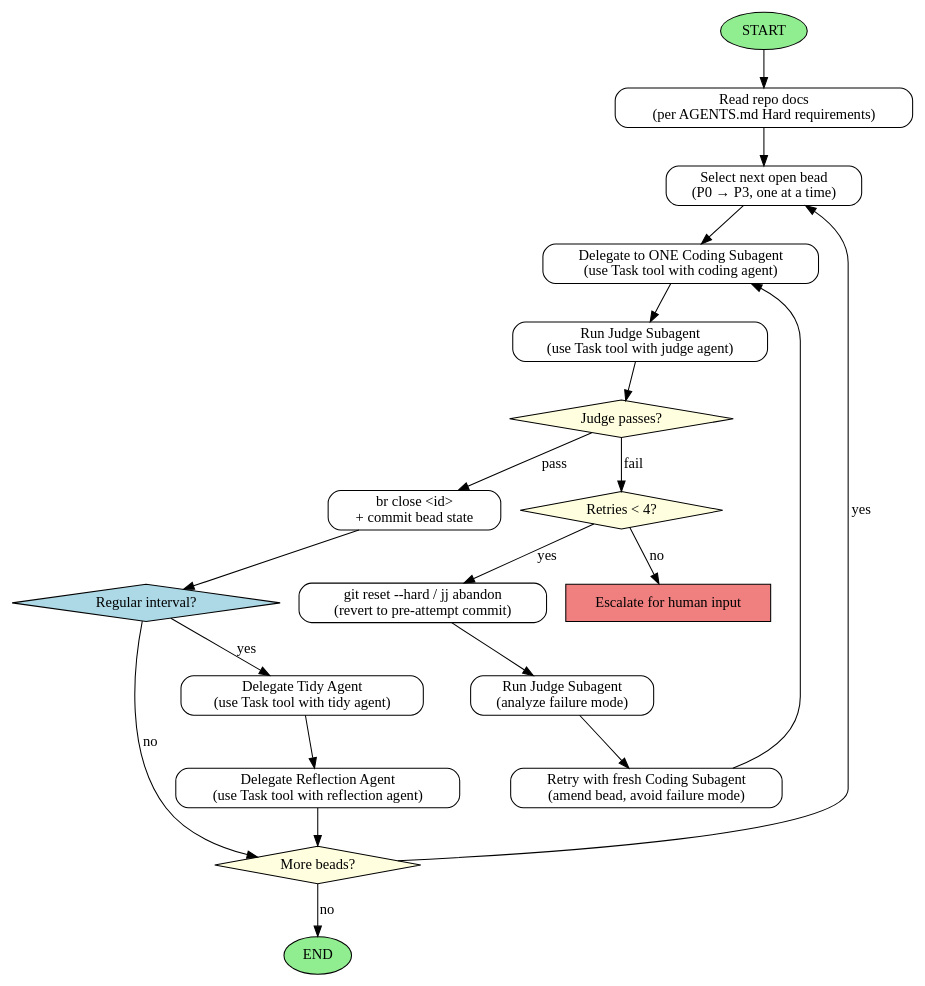
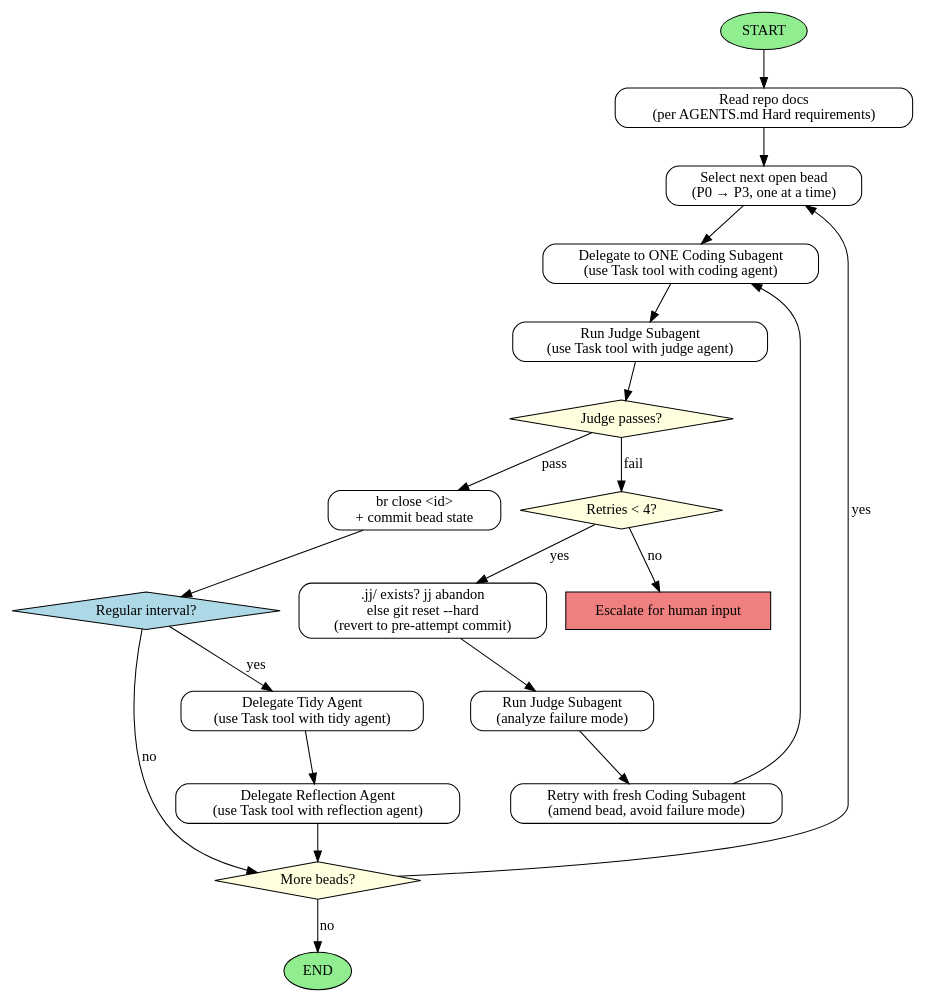
Before and after one commit to imbue-ai/rust-bucket: the diagram in .claude/agents/coordinator.md, drawn with Graphviz. The commit also changed other lines of this file and 1 other file, not shown here.

````diff
--- a/.claude/agents/coordinator.md
+++ b/.claude/agents/coordinator.md
@@ -126,39 +126,39 @@
 ```dot
 digraph CoordinatorWorkflow {
   rankdir=TB;
   node [shape=box, style=rounded];
 
   START [shape=ellipse, style=filled, fillcolor=lightgreen];
   READ_DOCS [label="Read repo docs\n(per AGENTS.md Hard requirements)"];
   PICK_BEAD [label="Select next open bead\n(P0 → P3, one at a time)"];
   DELEGATE [label="Delegate to ONE Coding Subagent\n(use Task tool with coding agent)"];
   JUDGE [label="Run Judge Subagent\n(use Task tool with judge agent)"];
   JUDGE_RESULT [shape=diamond, style=filled, fillcolor=lightyellow, label="Judge passes?"];
   MARK_DONE [label="br close <id>\n+ commit bead state"];
   MORE [shape=diamond, style=filled, fillcolor=lightyellow, label="More beads?"];
   END [shape=ellipse, style=filled, fillcolor=lightgreen];
 
   RETRIES [shape=diamond, style=filled, fillcolor=lightyellow, label="Retries < 4?"];
-  RESET [label="git reset --hard / jj abandon\n(revert to pre-attempt commit)"];
+  RESET [label=".jj/ exists? jj abandon\nelse git reset --hard\n(revert to pre-attempt commit)"];
   JUDGE_FAILURE [label="Run Judge Subagent\n(analyze failure mode)"];
   REPROMPT [label="Retry with fresh Coding Subagent\n(amend bead, avoid failure mode)"];
   ESCALATE [shape=box, style=filled, fillcolor=lightcoral, label="Escalate for human input"];
 
   INTERVAL_CHECK [shape=diamond, style=filled, fillcolor=lightblue, label="Regular interval?"];
   TIDY [label="Delegate Tidy Agent\n(use Task tool with tidy agent)"];
   REFLECTION [label="Delegate Reflection Agent\n(use Task tool with reflection agent)"];
 
   START -> READ_DOCS -> PICK_BEAD -> DELEGATE -> JUDGE -> JUDGE_RESULT;
   JUDGE_RESULT -> MARK_DONE [label="pass"];
   JUDGE_RESULT -> RETRIES [label="fail"];
   RETRIES -> RESET [label="yes"];
   RESET -> JUDGE_FAILURE -> REPROMPT -> DELEGATE;
   RETRIES -> ESCALATE [label="no"];
   MARK_DONE -> INTERVAL_CHECK;
   INTERVAL_CHECK -> TIDY [label="yes"];
   TIDY -> REFLECTION -> MORE;
   INTERVAL_CHECK -> MORE [label="no"];
   MORE -> PICK_BEAD [label="yes"];
   MORE -> END [label="no"];
 }
 ```
````
